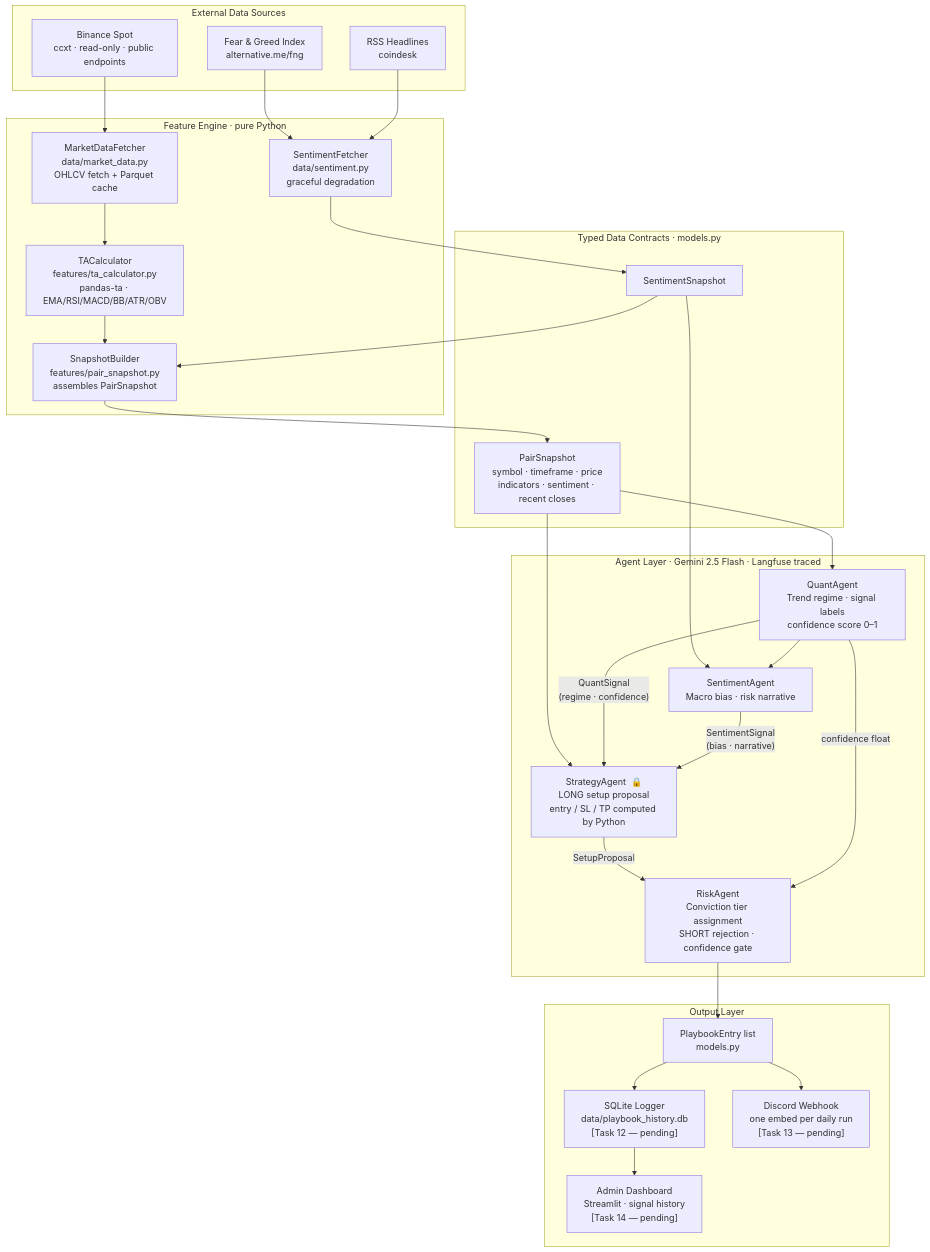
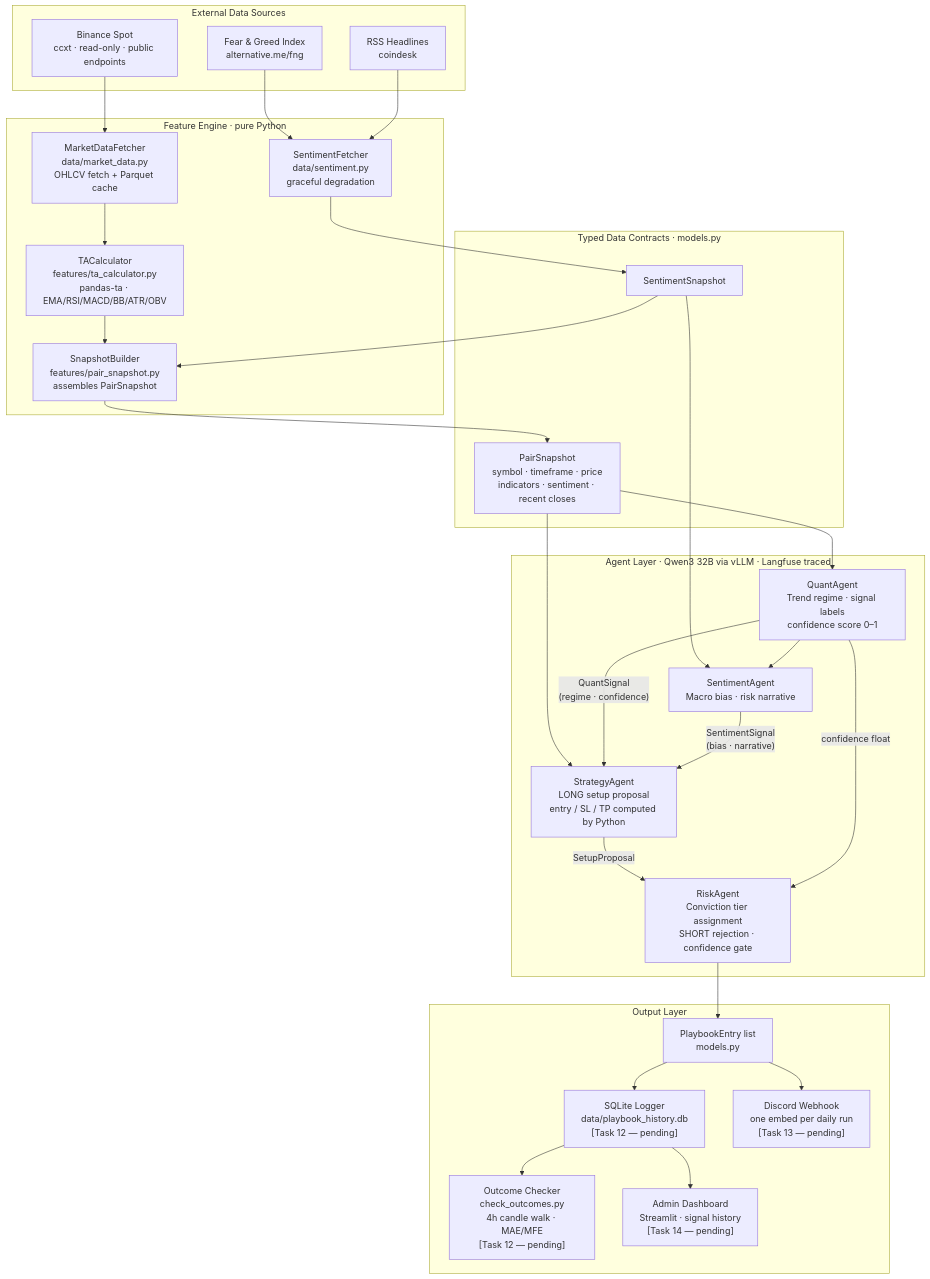
The diagram in docs/architecture.md (josanchdev/tenth-floor), drawn with Mermaid before and after one commit. The commit also changed other lines of this file and 13 other files, not shown here.

First line of the commit message:
feat: switch LLM backend to local Qwen3 32B via vLLM

````diff
--- a/docs/architecture.md
+++ b/docs/architecture.md
@@ -5,61 +5,63 @@
 ```mermaid
 flowchart TD
     subgraph Sources["External Data Sources"]
         BIN["Binance Spot\nccxt · read-only · public endpoints"]
         FGI["Fear & Greed Index\nalternative.me/fng"]
         RSS["RSS Headlines\ncoindesk"]
     end
 
     subgraph Feature["Feature Engine  ·  pure Python"]
         MDF["MarketDataFetcher\ndata/market_data.py\nOHLCV fetch + Parquet cache"]
         SF["SentimentFetcher\ndata/sentiment.py\ngraceful degradation"]
         TAC["TACalculator\nfeatures/ta_calculator.py\npandas-ta · EMA/RSI/MACD/BB/ATR/OBV"]
         SB["SnapshotBuilder\nfeatures/pair_snapshot.py\nassembles PairSnapshot"]
     end
 
     subgraph Contracts["Typed Data Contracts  ·  models.py"]
         SS["SentimentSnapshot"]
         PS["PairSnapshot\nsymbol · timeframe · price\nindicators · sentiment · recent closes"]
     end
 
-    subgraph Agents["Agent Layer  ·  Gemini 2.5 Flash  ·  Langfuse traced"]
+    subgraph Agents["Agent Layer  ·  Qwen3 32B via vLLM  ·  Langfuse traced"]
         QA["QuantAgent\nTrend regime · signal labels\nconfidence score 0–1"]
         SA["SentimentAgent\nMacro bias · risk narrative"]
-        STA["StrategyAgent  🔒\nLONG setup proposal\nentry / SL / TP computed by Python"]
+        STA["StrategyAgent\nLONG setup proposal\nentry / SL / TP computed by Python"]
         RA["RiskAgent\nConviction tier assignment\nSHORT rejection · confidence gate"]
     end
 
     subgraph Output["Output Layer"]
         PE["PlaybookEntry list\nmodels.py"]
         DB["SQLite Logger\ndata/playbook_history.db\n[Task 12 — pending]"]
+        CO["Outcome Checker\ncheck_outcomes.py\n4h candle walk · MAE/MFE\n[Task 12 — pending]"]
         DW["Discord Webhook\none embed per daily run\n[Task 13 — pending]"]
         AD["Admin Dashboard\nStreamlit · signal history\n[Task 14 — pending]"]
     end
 
     BIN --> MDF
     FGI --> SF
     RSS --> SF
 
     MDF --> TAC
     TAC --> SB
     SF --> SS
     SS --> SB
     SS --> SA
 
     SB --> PS
     PS --> QA
     PS --> STA
 
     QA --> SA
     QA -- "QuantSignal\n(regime · confidence)" --> STA
     SA -- "SentimentSignal\n(bias · narrative)" --> STA
 
     STA -- "SetupProposal" --> RA
     QA -- "confidence float" --> RA
 
     RA --> PE
 
     PE --> DB
     PE --> DW
+    DB --> CO
     DB --> AD
 ```
````
